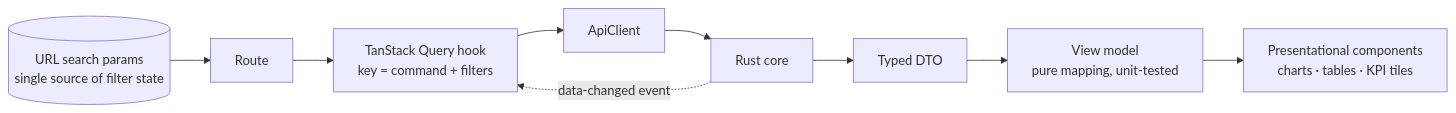
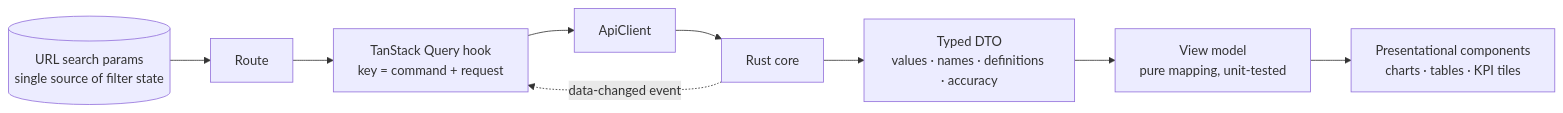
Before and after one commit to akanjb/VEYRA: the tenth of 20 diagrams in README.md, drawn with Mermaid. The commit also changed other lines of this file and 5 other files, not shown here.

````diff
--- a/README.md
+++ b/README.md
@@ -395,11 +407,11 @@
 ```mermaid
 flowchart LR
   URL[(URL search params<br/>single source of filter state)] --> R[Route]
-  R --> Q[TanStack Query hook<br/>key = command + filters]
+  R --> Q[TanStack Query hook<br/>key = command + request]
   Q --> AC[ApiClient]
   AC --> CORE[Rust core]
-  CORE --> DTO[Typed DTO]
+  CORE --> DTO[Typed DTO<br/>values · names · definitions · accuracy]
   DTO --> VM[View model<br/>pure mapping, unit-tested]
   VM --> V[Presentational components<br/>charts · tables · KPI tiles]
   CORE -.->|data-changed event| Q
 ```
````
